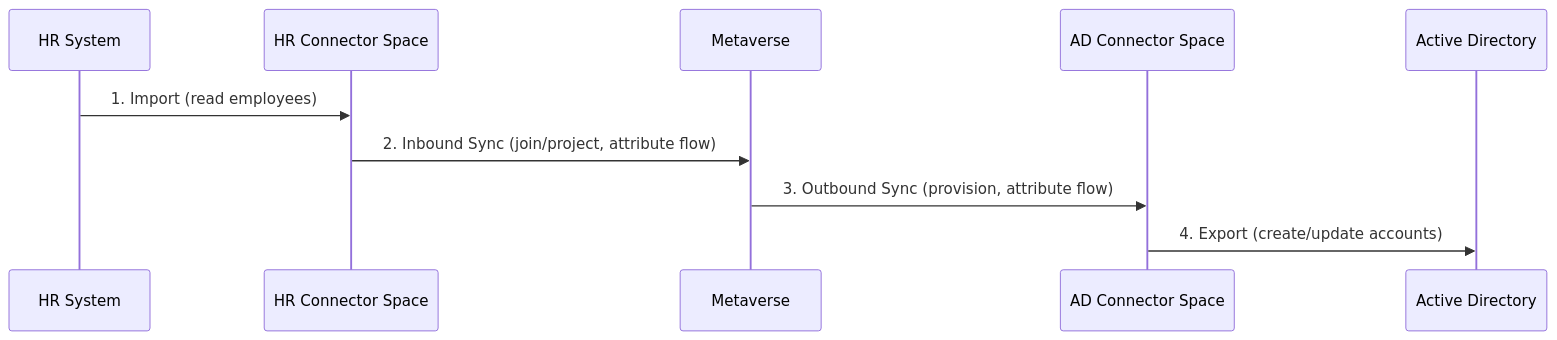
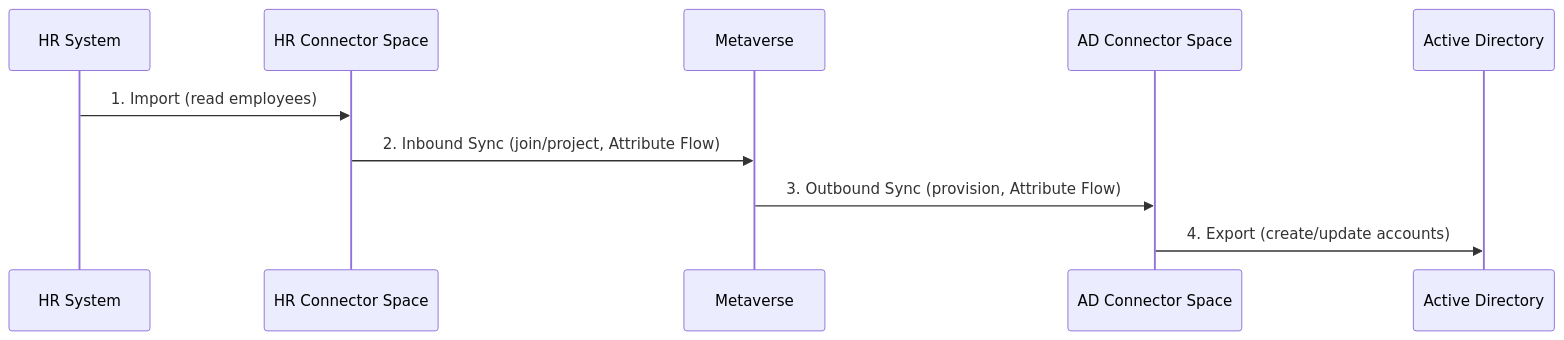
One commit to TetronIO/JIM changed the second of 2 diagrams in docs/concepts/synchronisation-pipeline.md. Above: the diagram before and after it, drawn with Mermaid. The commit also changed other lines of this file and 368 other files, not shown here.

````diff
--- a/docs/concepts/synchronisation-pipeline.md
+++ b/docs/concepts/synchronisation-pipeline.md
@@ -102,13 +102,13 @@
 ```mermaid
 sequenceDiagram
     participant HR as HR System
     participant CS1 as HR Connector Space
     participant MV as Metaverse
     participant CS2 as AD Connector Space
     participant AD as Active Directory
 
     HR->>CS1: 1. Import (read employees)
-    CS1->>MV: 2. Inbound Sync (join/project, attribute flow)
-    MV->>CS2: 3. Outbound Sync (provision, attribute flow)
+    CS1->>MV: 2. Inbound Sync (join/project, Attribute Flow)
+    MV->>CS2: 3. Outbound Sync (provision, Attribute Flow)
     CS2->>AD: 4. Export (create/update accounts)
 ```
````
